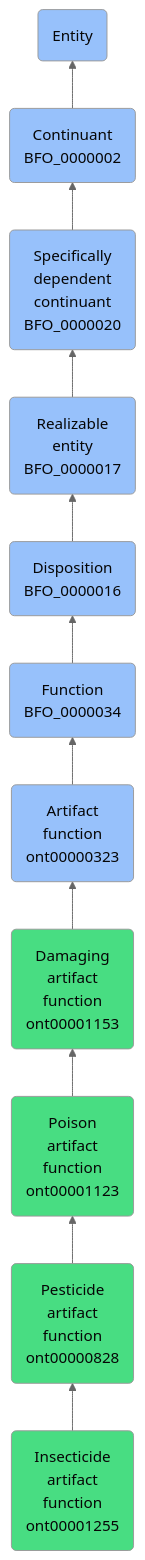
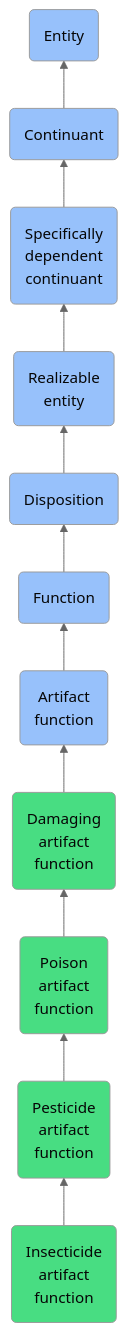
The diagram in docs/ontology/reference/model/Entity/Continuant/Specifically dependent continuant/Realizable entity/Disposition/Function/Artifact function/Damaging artifact function/Poison artifact function/Pesticide artifact function/Insecticide artifact function/Insecticide artifact function.md (jupyter-naas/abi), drawn with Mermaid (neutral theme) before and after one commit. The commit also changed other lines of this file and 1430 other files, not shown here.

````diff
--- a/docs/ontology/reference/model/Entity/Continuant/Specifically dependent continuant/Realizable entity/Disposition/Function/Artifact function/Damaging artifact function/Poison artifact function/Pesticide artifact function/Insecticide artifact function/Insecticide artifact function.md
+++ b/docs/ontology/reference/model/Entity/Continuant/Specifically dependent continuant/Realizable entity/Disposition/Function/Artifact function/Damaging artifact function/Poison artifact function/Pesticide artifact function/Insecticide artifact function/Insecticide artifact function.md
@@ -24,18 +24,18 @@
 ```mermaid
 graph BT
-    ont00001255(Insecticide<br>artifact<br>function<br>ont00001255):::ABI-->ont00000828
-    ont00000828(Pesticide<br>artifact<br>function<br>ont00000828):::ABI-->ont00001123
-    ont00001123(Poison<br>artifact<br>function<br>ont00001123):::ABI-->ont00001153
-    ont00001153(Damaging<br>artifact<br>function<br>ont00001153):::ABI-->ont00000323
-    ont00000323(Artifact<br>function<br>ont00000323):::BFO-->BFO_0000034
-    BFO_0000034(Function<br>BFO_0000034):::BFO-->BFO_0000016
-    BFO_0000016(Disposition<br>BFO_0000016):::BFO-->BFO_0000017
-    BFO_0000017(Realizable<br>entity<br>BFO_0000017):::BFO-->BFO_0000020
-    BFO_0000020(Specifically<br>dependent<br>continuant<br>BFO_0000020):::BFO-->BFO_0000002
-    BFO_0000002(Continuant<br>BFO_0000002):::BFO-->BFO_0000001
+    ont00001255(Insecticide<br>artifact<br>function):::ABI-->ont00000828
+    ont00000828(Pesticide<br>artifact<br>function):::ABI-->ont00001123
+    ont00001123(Poison<br>artifact<br>function):::ABI-->ont00001153
+    ont00001153(Damaging<br>artifact<br>function):::ABI-->ont00000323
+    ont00000323(Artifact<br>function):::BFO-->BFO_0000034
+    BFO_0000034(Function):::BFO-->BFO_0000016
+    BFO_0000016(Disposition):::BFO-->BFO_0000017
+    BFO_0000017(Realizable<br>entity):::BFO-->BFO_0000020
+    BFO_0000020(Specifically<br>dependent<br>continuant):::BFO-->BFO_0000002
+    BFO_0000002(Continuant):::BFO-->BFO_0000001
     BFO_0000001(Entity):::BFO
     
     classDef BFO fill:#97c1fb,color:#060606
     classDef CCO fill:#e4c51e,color:#060606
     classDef ABI fill:#48DD82,color:#060606
 ```
````
